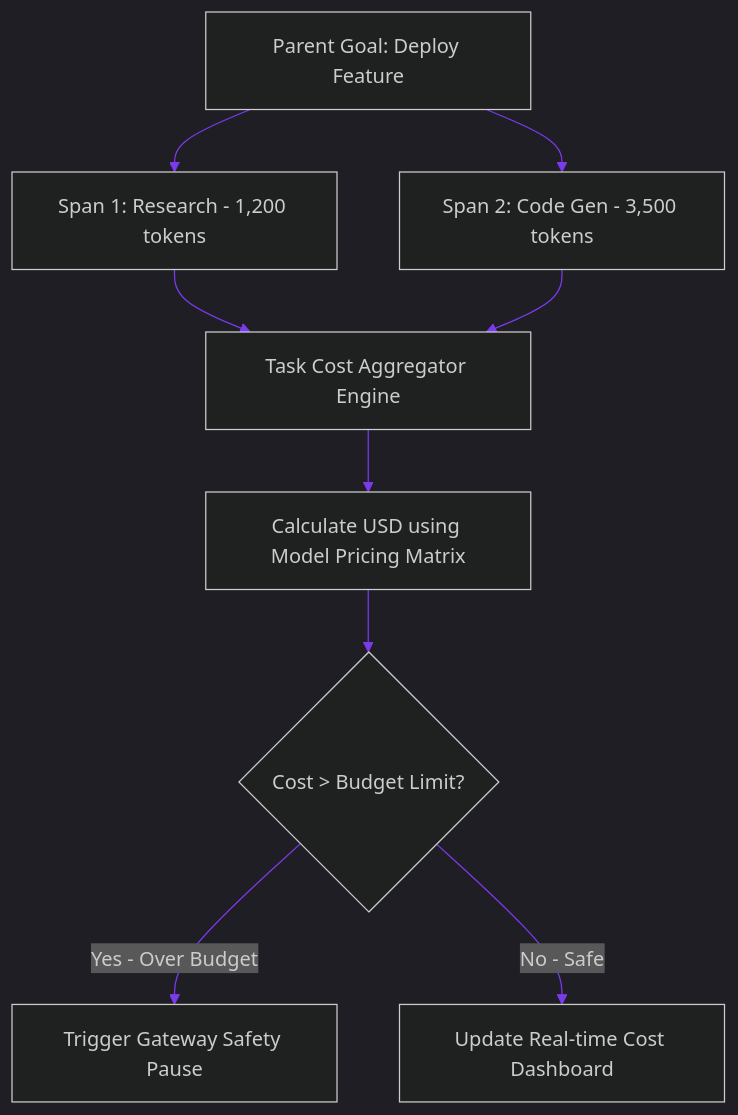
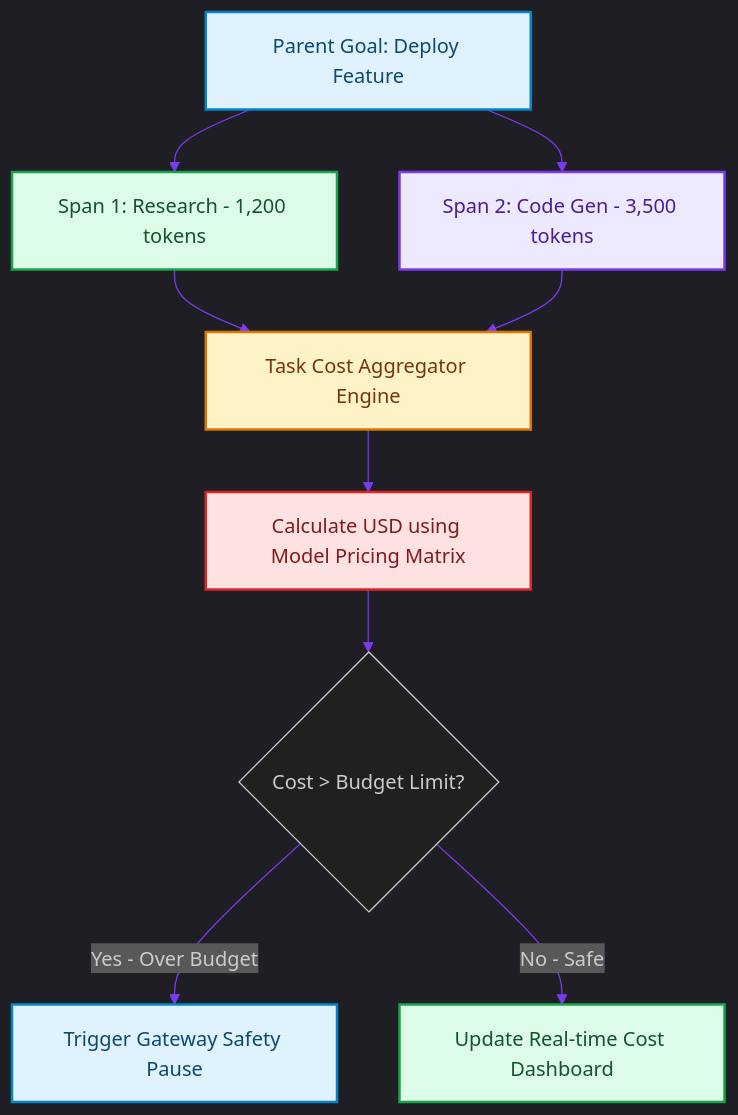
One commit to akmalkhaniub/akmalkhaniub.github.io changed the diagram in blog/posts/telemetry-task-economics-billing-dashboards.md. Above: the diagram before and after it, drawn with Mermaid. The commit also changed other lines of this file and 1291 other files, not shown here.

First line of the commit message:
feat(catalog): unique covers, scholarly references, and diagram palettes

````diff
--- a/blog/posts/telemetry-task-economics-billing-dashboards.md
+++ b/blog/posts/telemetry-task-economics-billing-dashboards.md
@@ -16,15 +16,26 @@
 ```mermaid
 %%{init: {'theme': 'dark', 'themeVariables': { 'primaryColor': '#7c3aed', 'primaryTextColor': '#f3f4f6', 'primaryBorderColor': '#a78bfa', 'lineColor': '#7c3aed', 'secondaryColor': '#111827', 'tertiaryColor': '#0b0f19'}}}%%
 flowchart TD
-    Parent[Parent Goal: Deploy Feature] --> Span1[Span 1: Research - 1,200 tokens]
-    Parent --> Span2[Span 2: Code Gen - 3,500 tokens]
+    Parent["Parent Goal: Deploy Feature"] --> Span1["Span 1: Research - 1,200 tokens"]
+    Parent --> Span2["Span 2: Code Gen - 3,500 tokens"]
     
-    Span1 --> Agg[Task Cost Aggregator Engine]
+    Span1 --> Agg["Task Cost Aggregator Engine"]
     Span2 --> Agg
     
-    Agg --> Calculate[Calculate USD using Model Pricing Matrix]
+    Agg --> Calculate["Calculate USD using Model Pricing Matrix"]
     Calculate --> Check{Cost > Budget Limit?}
     
-    Check -->|Yes - Over Budget| Pause[Trigger Gateway Safety Pause]
-    Check -->|No - Safe| Update[Update Real-time Cost Dashboard]
+    Check -->|Yes - Over Budget| Pause["Trigger Gateway Safety Pause"]
+    Check -->|No - Safe| Update["Update Real-time Cost Dashboard"]
+
+classDef green fill:#dcfce7,stroke:#16a34a,stroke-width:2px,color:#14532d;
+classDef red fill:#fee2e2,stroke:#dc2626,stroke-width:2px,color:#7f1d1d;
+classDef blue fill:#e0f2fe,stroke:#0284c7,stroke-width:2px,color:#0c4a6e;
+classDef yellow fill:#fef3c7,stroke:#d97706,stroke-width:2px,color:#78350f;
+classDef purple fill:#ede9fe,stroke:#7c3aed,stroke-width:2px,color:#4c1d95;
+class Parent,Pause blue
+class Span1,Update green
+class Span2 purple
+class Agg yellow
+class Calculate red
 ```
````
